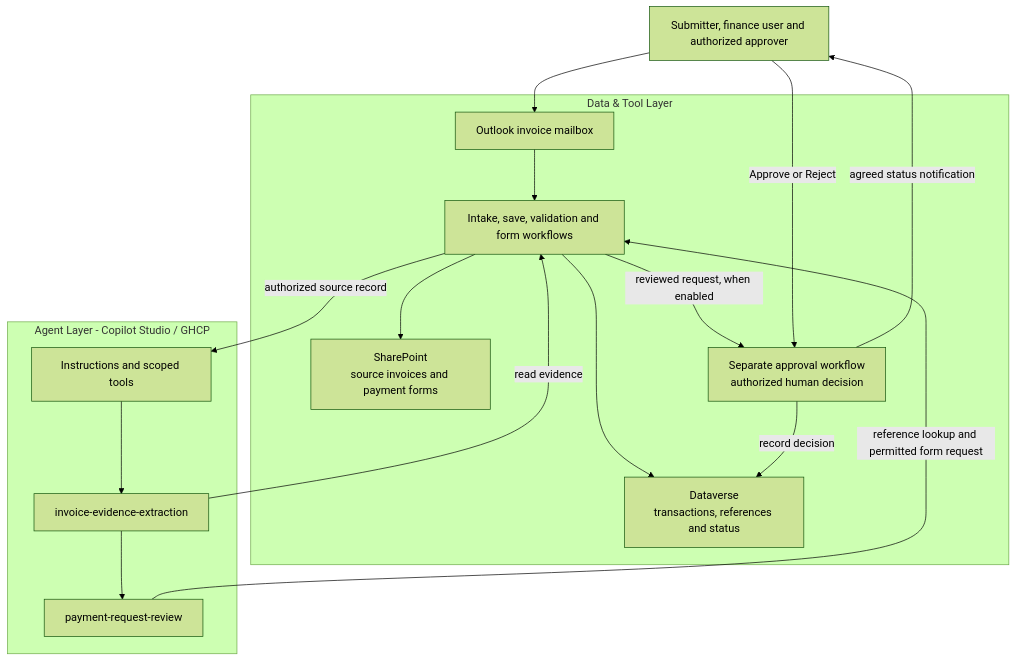
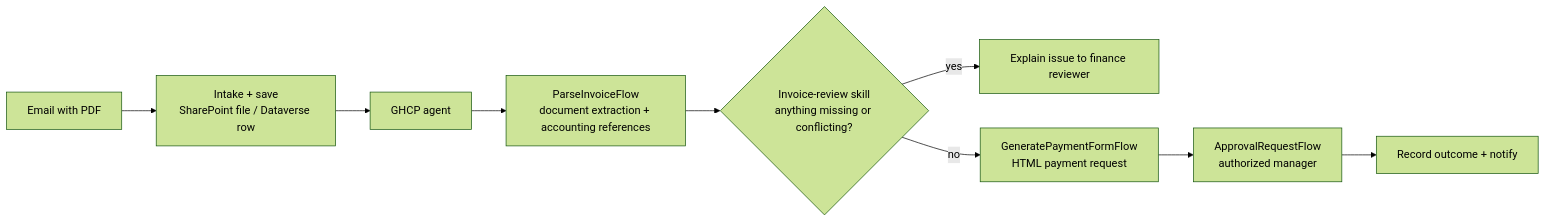
One commit to AlphaBalzer/ai-agent-runbooks changed the diagram in 01-scenarios/Autonomous-Invoice-Orchestration-Agent-GHCP/2.Architecture.md. Above: the diagram before and after it, drawn with Mermaid (forest theme). The commit also changed other lines of this file and 7 other files, not shown here.

First line of the commit message:
Simplify Invoice GHCP guide around the original PDF process

````diff
--- a/01-scenarios/Autonomous-Invoice-Orchestration-Agent-GHCP/2.Architecture.md
+++ b/01-scenarios/Autonomous-Invoice-Orchestration-Agent-GHCP/2.Architecture.md
@@ -11,27 +10,11 @@
 ```mermaid
-flowchart TD
-    U["Submitter, finance user and authorized approver"]
-    subgraph Agent["Agent Layer - Copilot Studio / GHCP"]
-        I["Instructions and scoped tools"]
-        S1["invoice-evidence-extraction"]
-        S2["payment-request-review"]
-        I --> S1 --> S2
-    end
-    subgraph Data["Data & Tool Layer"]
-        M["Outlook invoice mailbox"]
-        W["Intake, save, validation and form workflows"]
-        SP["SharePoint<br/>source invoices and payment forms"]
-        DV["Dataverse<br/>transactions, references and status"]
-        AP["Separate approval workflow<br/>authorized human decision"]
-    end
-    U --> M --> W
-    W --> SP
-    W --> DV
-    W -->|authorized source record| I
-    S1 -->|read evidence| W
-    S2 -->|reference lookup and permitted form request| W
-    W -->|reviewed request, when enabled| AP
-    U -->|Approve or Reject| AP
-    AP -->|record decision| DV
-    AP -->|agreed status notification| U
+flowchart LR
+    A["Email with PDF"] --> B["Intake + save<br/>SharePoint file / Dataverse row"]
+    B --> C["GHCP agent"]
+    C --> D["ParseInvoiceFlow<br/>document extraction + accounting references"]
+    D --> E{"Invoice-review skill<br/>anything missing or conflicting?"}
+    E -->|yes| F["Explain issue to finance reviewer"]
+    E -->|no| G["GeneratePaymentFormFlow<br/>HTML payment request"]
+    G --> H["ApprovalRequestFlow<br/>authorized manager"]
+    H --> I["Record outcome + notify"]
 ```
````
